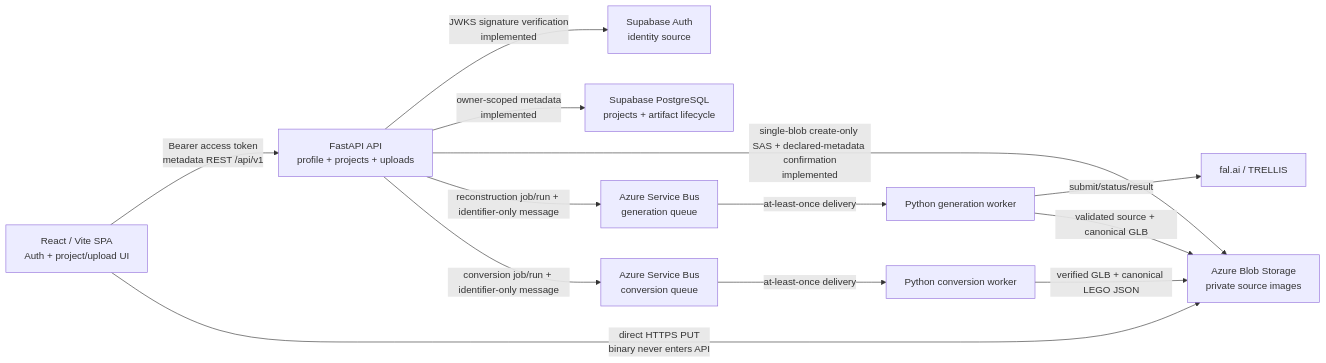
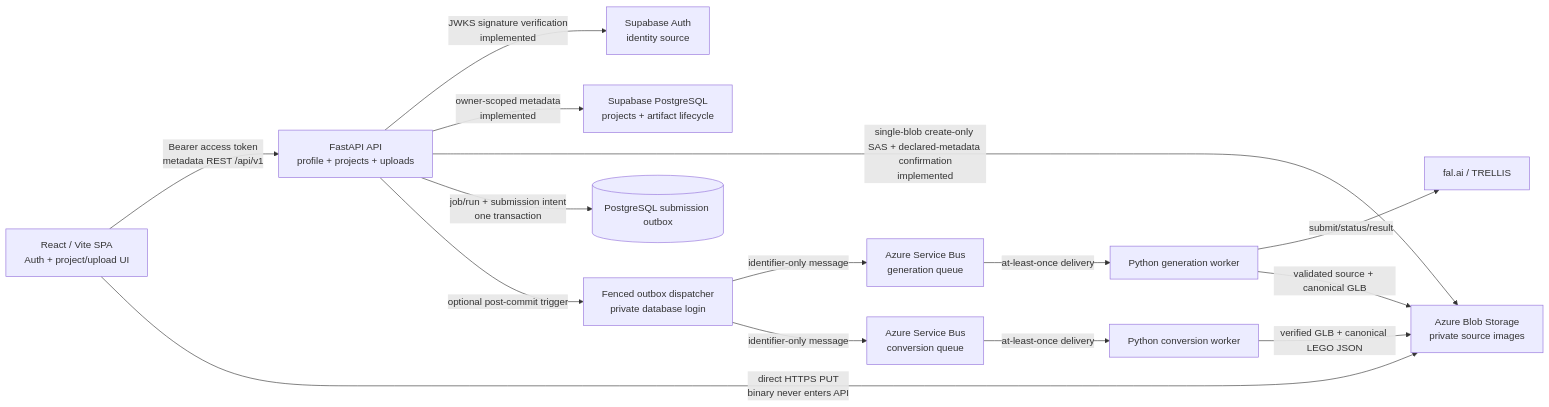
One commit to regan-tan/image-to-lego changed the first of 3 diagrams in docs/architecture/README.md. Above: the diagram before and after it, drawn with Mermaid. The commit also changed other lines of this file and 12 other files, not shown here.

Commit message:
fix: automatically dispatch reconstruction and conversion jobs

````diff
--- a/docs/architecture/README.md
+++ b/docs/architecture/README.md
@@ -8,15 +8,17 @@
 ```mermaid
 flowchart LR
     Web["React / Vite SPA<br/>Auth + project/upload UI"] -->|"Bearer access token<br/>metadata REST /api/v1"| API["FastAPI API<br/>profile + projects + uploads"]
     API -->|"JWKS signature verification<br/>implemented"| Supabase["Supabase Auth<br/>identity source"]
     API -->|"owner-scoped metadata<br/>implemented"| SupabaseDb["Supabase PostgreSQL<br/>projects + artifact lifecycle"]
     API -->|"single-blob create-only SAS + declared-metadata confirmation<br/>implemented"| Blob["Azure Blob Storage<br/>private source images"]
     Web -->|"direct HTTPS PUT<br/>binary never enters API"| Blob
-    API -->|"reconstruction job/run + identifier-only message"| GenerationBus["Azure Service Bus<br/>generation queue"]
+    API -->|"job/run + submission intent<br/>one transaction"| Outbox[("PostgreSQL submission outbox")]
+    API -->|"optional post-commit trigger"| Dispatcher["Fenced outbox dispatcher<br/>private database login"]
+    Dispatcher -->|"identifier-only message"| GenerationBus["Azure Service Bus<br/>generation queue"]
     GenerationBus -->|"at-least-once delivery"| GenerationWorker["Python generation worker"]
     GenerationWorker -->|"submit/status/result"| Fal["fal.ai / TRELLIS"]
     GenerationWorker -->|"validated source + canonical GLB"| Blob
-    API -->|"conversion job/run + identifier-only message"| ConversionBus["Azure Service Bus<br/>conversion queue"]
+    Dispatcher -->|"identifier-only message"| ConversionBus["Azure Service Bus<br/>conversion queue"]
     ConversionBus -->|"at-least-once delivery"| ConversionWorker["Python conversion worker"]
     ConversionWorker -->|"verified GLB + canonical LEGO JSON"| Blob
 ```
````
